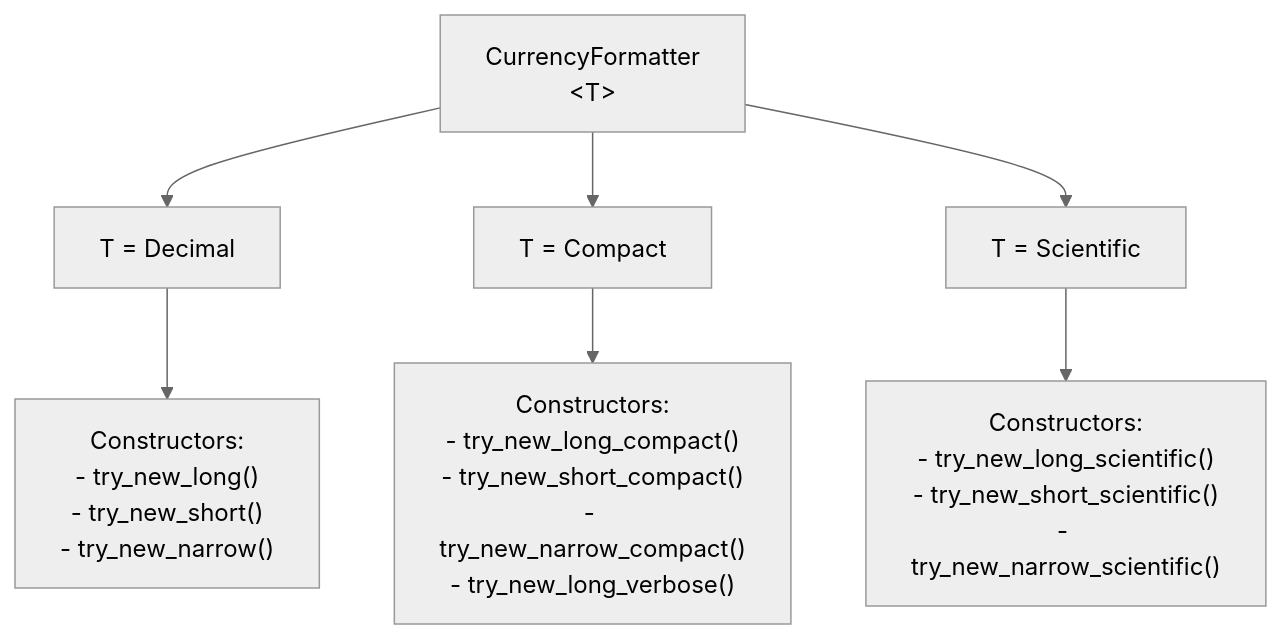
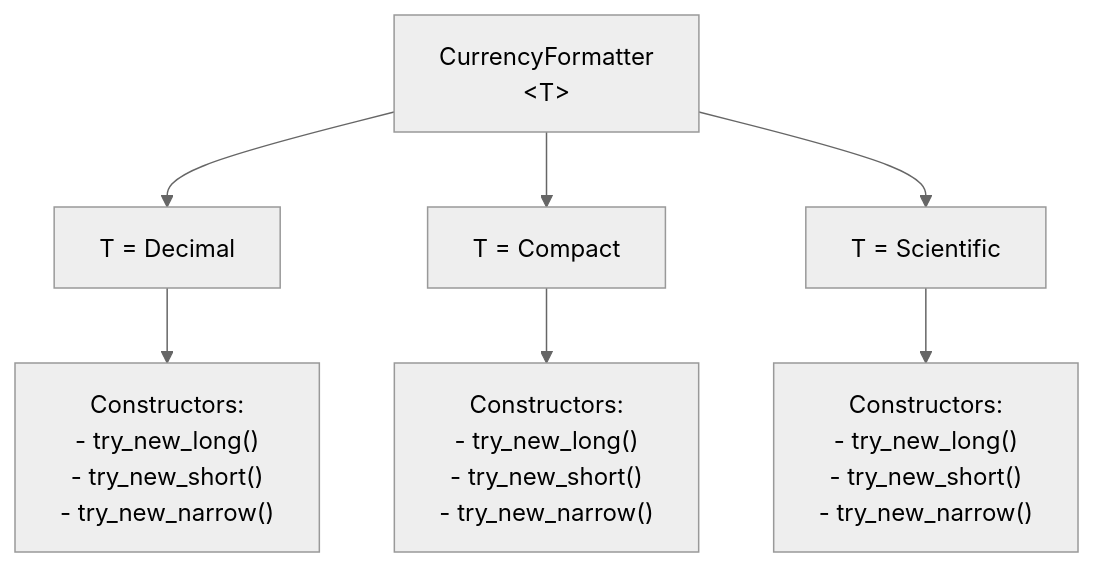
One commit to younies/design_docs changed the second of 3 diagrams in icu4x/number_formatter.md. Above: the diagram before and after it, drawn with Mermaid (neutral theme). The commit also changed other lines of this file, not shown here.

````diff
--- a/icu4x/number_formatter.md
+++ b/icu4x/number_formatter.md
@@ -41,10 +41,10 @@
 ```mermaid
 graph TD
     CF["CurrencyFormatter<br/>&lt;T&gt;"] --> Dec["T = Decimal"]
     CF --> Comp["T = Compact"]
     CF --> Sci["T = Scientific"]
 
     Dec --> DecCons["Constructors:<br>- try_new_long()<br>- try_new_short()<br>- try_new_narrow()"]
-    Comp --> CompCons["Constructors:<br>- try_new_long_compact()<br>- try_new_short_compact()<br>- try_new_narrow_compact()<br>- try_new_long_verbose()"]
-    Sci --> SciCons["Constructors:<br>- try_new_long_scientific()<br>- try_new_short_scientific()<br>- try_new_narrow_scientific()"]
+    Comp --> CompCons["Constructors:<br>- try_new_long()<br>- try_new_short()<br>- try_new_narrow()"]
+    Sci --> SciCons["Constructors:<br>- try_new_long()<br>- try_new_short()<br>- try_new_narrow()"]
 ```
````
